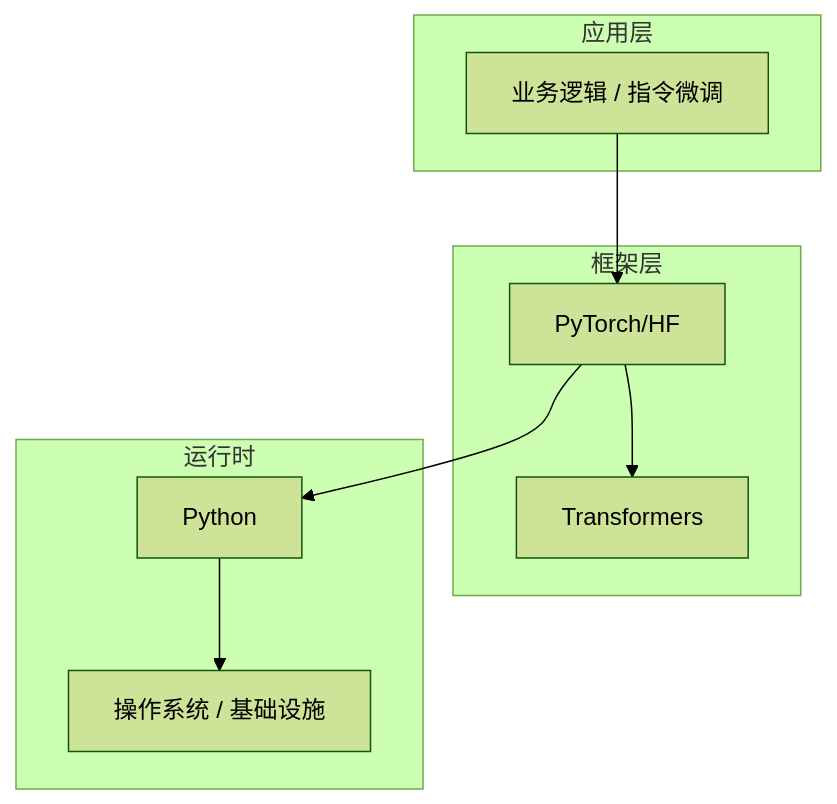
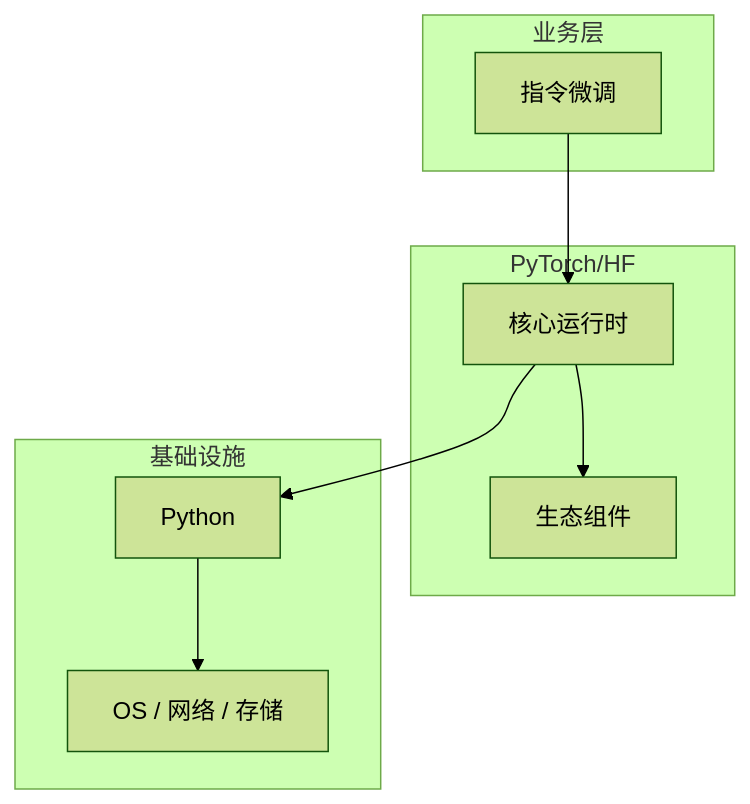
The diagram in articles/大语言模型/chapters/041-指令微调核心概念与原理.md (yanggan2015/knowledge-json-v2), drawn with Mermaid (forest theme) before and after one commit. The commit also changed other lines of this file and 10127 other files, not shown here.

````diff
--- a/articles/大语言模型/chapters/041-指令微调核心概念与原理.md
+++ b/articles/大语言模型/chapters/041-指令微调核心概念与原理.md
@@ -45,18 +30,18 @@
 ```mermaid
 graph TB
-    subgraph 应用层
-        A[业务逻辑 / 指令微调]
+    subgraph 业务层
+        A[指令微调]
     end
-    subgraph 框架层
-        B[PyTorch/HF]
-        C[Transformers]
+    subgraph PyTorch/HF
+        B[核心运行时]
+        C[生态组件]
     end
-    subgraph 运行时
+    subgraph 基础设施
         D[Python]
-        E[操作系统 / 基础设施]
+        E[OS / 网络 / 存储]
     end
     A --> B
     B --> C
     B --> D
     D --> E
 ```
````
